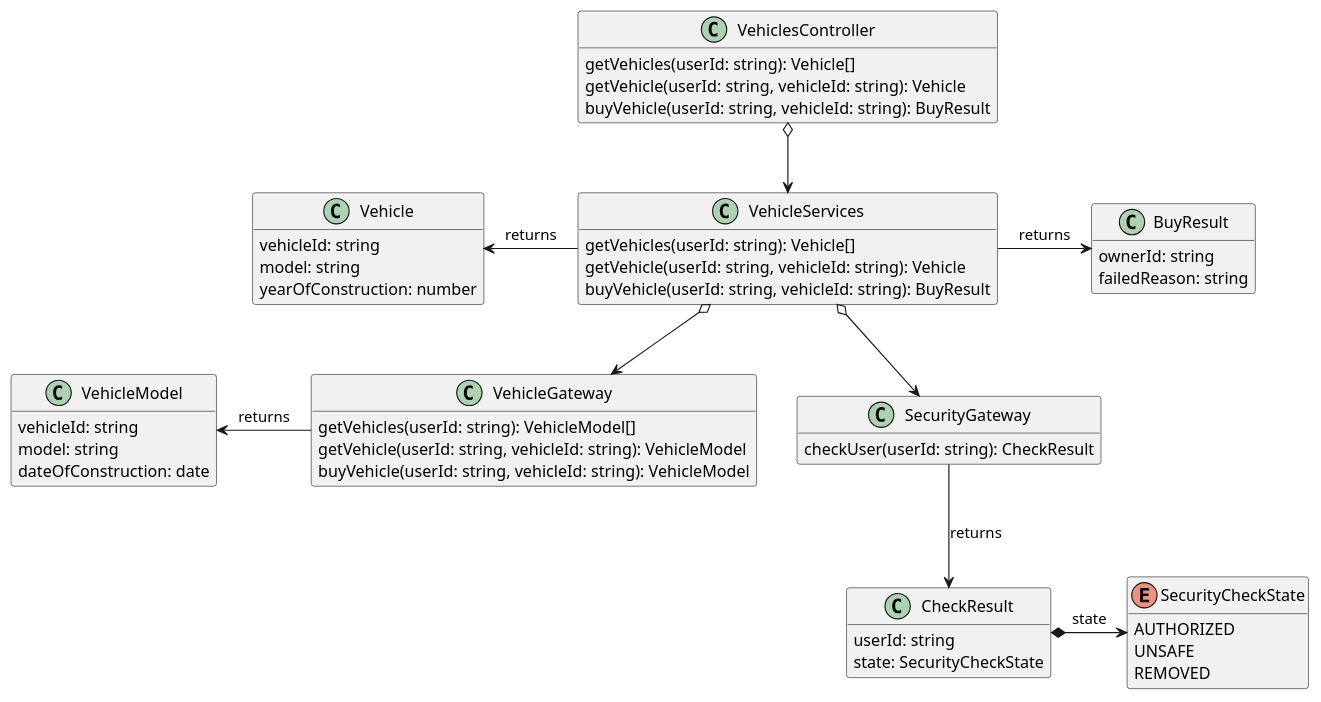
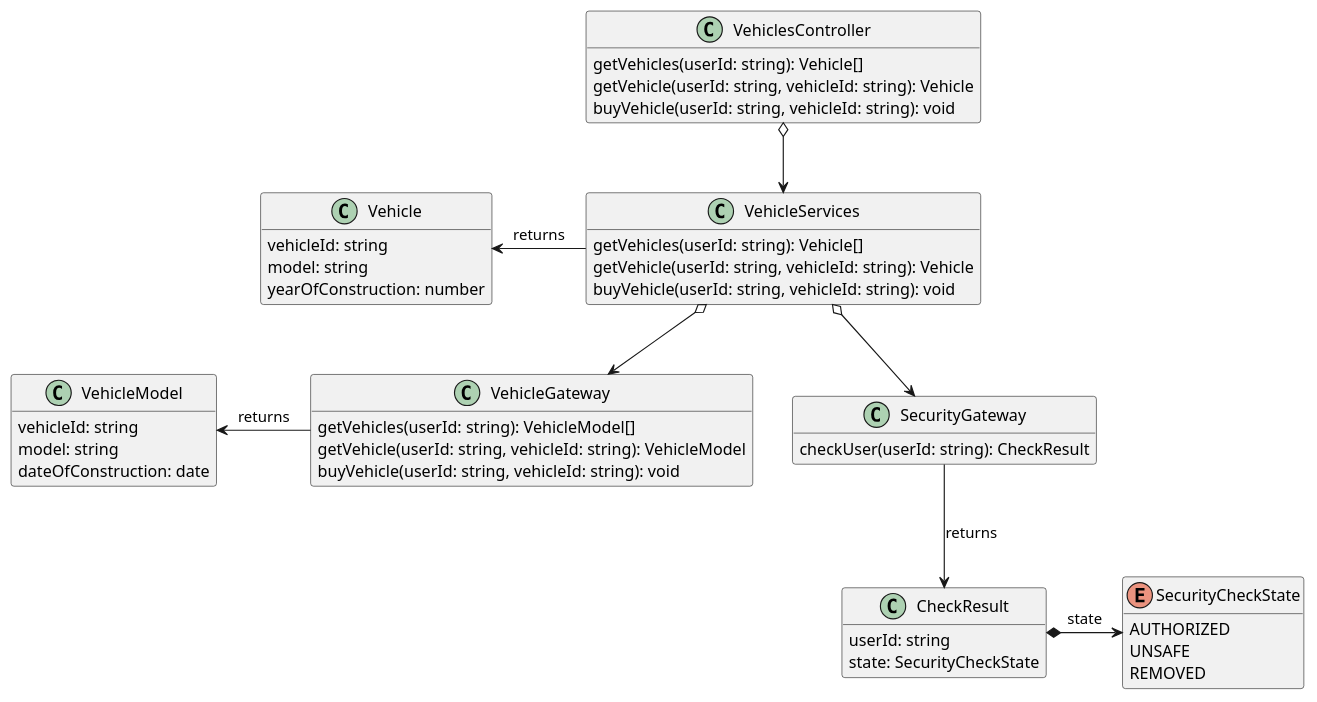
One commit to AlienEngineer/tdd-node-ts-lecture changed the diagram in docs/buy-vehicle/class-diagram.puml. Above: the diagram before and after it, drawn with PlantUML. The commit also changed 4 other files, not shown here.

Commit message:
changed buy vehicle for spy tests

```diff
--- a/docs/buy-vehicle/class-diagram.puml
+++ b/docs/buy-vehicle/class-diagram.puml
@@ -1,82 +1,73 @@
 @startuml
 
 class Vehicle {
     vehicleId: string
     model: string
     yearOfConstruction: number
-}
-
-class BuyResult {
-    ownerId: string
-    failedReason: string
 }
 
 class VehicleModel {
     vehicleId: string
     model: string
     dateOfConstruction: date
 }
 
 enum SecurityCheckState {
   AUTHORIZED
   UNSAFE
   REMOVED
 }
 
 class CheckResult {
     userId: string
     state: SecurityCheckState
 }
 
 class VehicleServices {
     getVehicles(userId: string): Vehicle[]
     getVehicle(userId: string, vehicleId: string): Vehicle
-    buyVehicle(userId: string, vehicleId: string): BuyResult
+    buyVehicle(userId: string, vehicleId: string): void
 }
 
 class SecurityGateway {
     checkUser(userId: string): CheckResult
 }
 
 class VehicleGateway {
     getVehicles(userId: string): VehicleModel[]
     getVehicle(userId: string, vehicleId: string): VehicleModel
-    buyVehicle(userId: string, vehicleId: string): VehicleModel
+    buyVehicle(userId: string, vehicleId: string): void
 }
 
 class VehiclesController {
     getVehicles(userId: string): Vehicle[]
     getVehicle(userId: string, vehicleId: string): Vehicle
-    buyVehicle(userId: string, vehicleId: string): BuyResult
+    buyVehicle(userId: string, vehicleId: string): void
 }
 
 VehicleServices o--> SecurityGateway
 VehicleServices o--> VehicleGateway
 VehiclesController o--> VehicleServices
 
 SecurityGateway --> CheckResult : returns
 CheckResult *-> SecurityCheckState : state
 
-VehicleServices -> BuyResult: returns
 VehicleModel <- VehicleGateway: returns
 
 Vehicle <- VehicleServices : returns
 
 hide fields
 
 show Vehicle fields
 hide Vehicle methods
-
-show BuyResult fields
-hide BuyResult methods
 
 show SecurityCheckState fields
 hide SecurityCheckState methods
 
 show CheckResult fields
 hide CheckResult methods
 
 show VehicleModel fields
 hide VehicleModel methods
 
 @enduml
```
